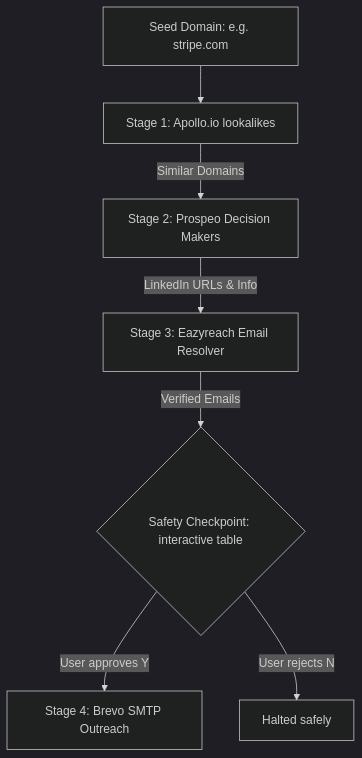
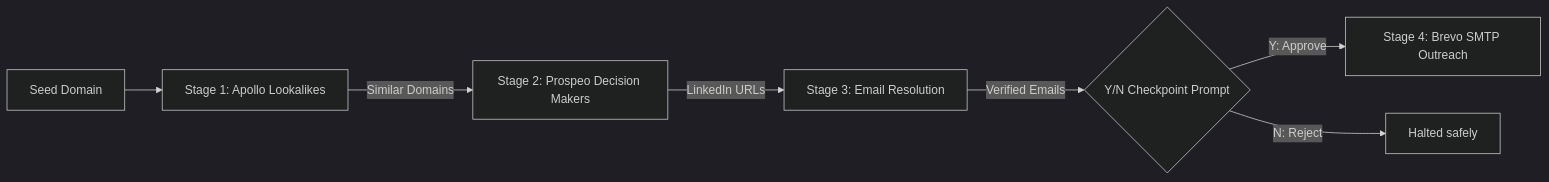
The first of 3 diagrams in README.md (F16Samuel/AJ-Outbound), drawn with Mermaid (dark theme) before and after one commit. The commit also changed other lines of this file, not shown here.

Commit message:
docs: separate architecture section into three horizontal Mermaid flowcharts

````diff
--- a/README.md
+++ b/README.md
@@ -11,9 +14,9 @@
 ```mermaid
-graph TD
-    Input[Seed Domain: e.g. stripe.com] --> Stage1[Stage 1: Apollo.io lookalikes]
+graph LR
+    Input[Seed Domain] --> Stage1[Stage 1: Apollo Lookalikes]
     Stage1 -->|Similar Domains| Stage2[Stage 2: Prospeo Decision Makers]
-    Stage2 -->|LinkedIn URLs & Info| Stage3[Stage 3: Eazyreach Email Resolver]
-    Stage3 -->|Verified Emails| Checkpoint{Safety Checkpoint: interactive table}
-    Checkpoint -->|User approves Y| Stage4[Stage 4: Brevo SMTP Outreach]
-    Checkpoint -->|User rejects N| End[Halted safely]
+    Stage2 -->|LinkedIn URLs| Stage3[Stage 3: Email Resolution]
+    Stage3 -->|Verified Emails| Checkpoint{Y/N Checkpoint Prompt}
+    Checkpoint -->|Y: Approve| Stage4[Stage 4: Brevo SMTP Outreach]
+    Checkpoint -->|N: Reject| End[Halted safely]
 ```
````
